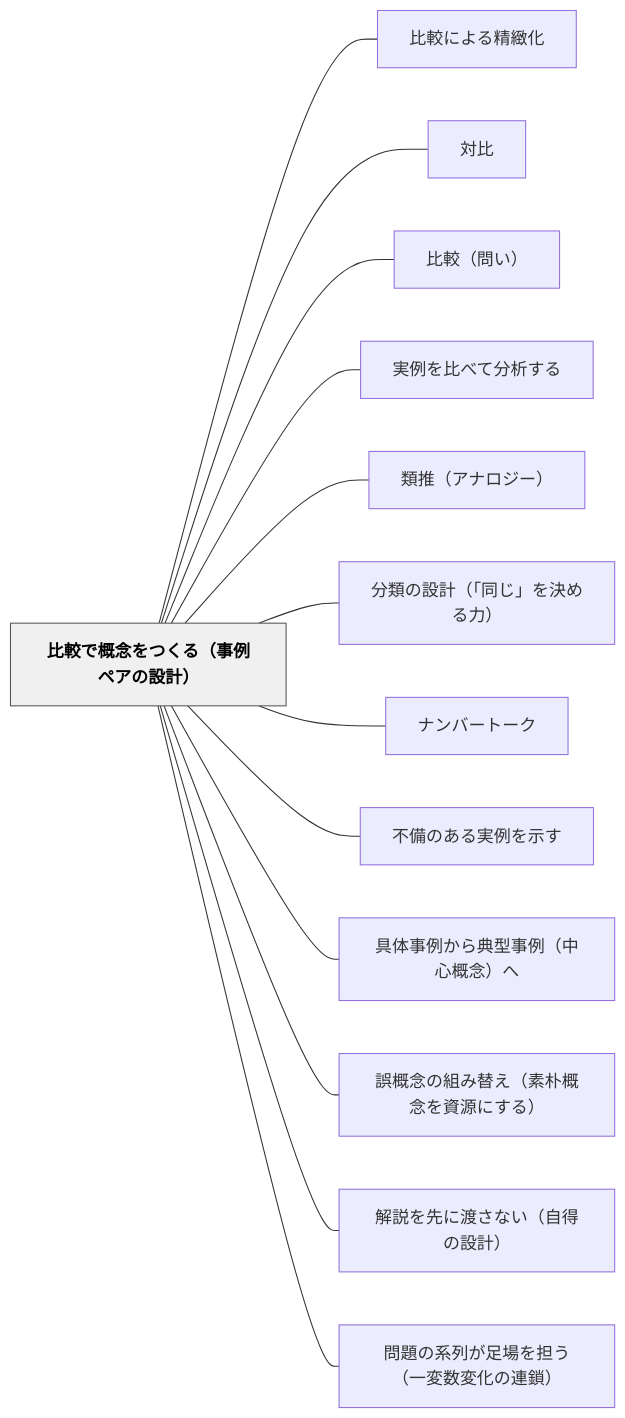
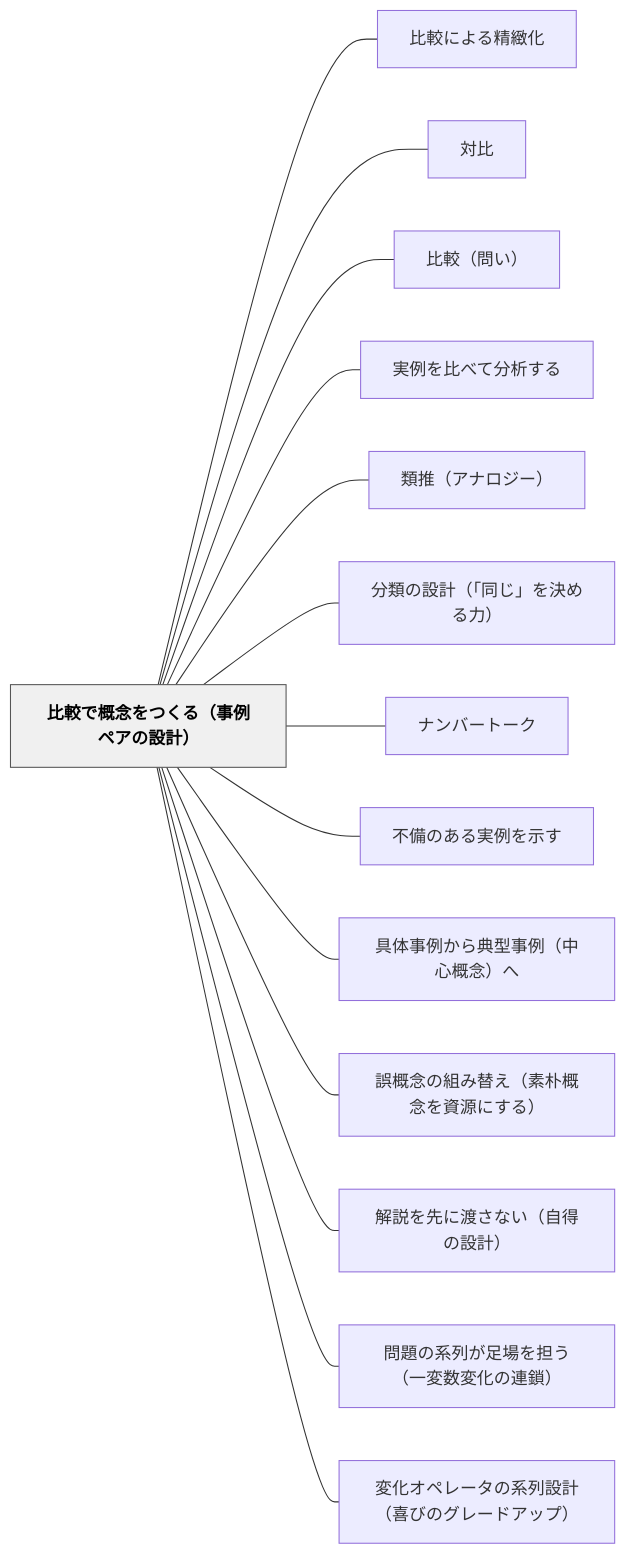
The diagram in content/パタン/比較で概念をつくる（事例ペアの設計）.md (unknownthings-ed-patterns/unknownthings-ed-patterns), drawn with Mermaid before and after one commit. The commit also changed other lines of this file and 5 other files, not shown here.

````diff
--- a/content/パタン/比較で概念をつくる（事例ペアの設計）.md
+++ b/content/パタン/比較で概念をつくる（事例ペアの設計）.md
@@ -146,32 +147,34 @@
 ```mermaid
 flowchart LR
     ne6af94e8bc83e381a7e6a682e5bfb5e38292e381a4e3818fe3828befbc88e4ba8be4be8be3839ae382a2e381aee8a8ade8a888efbc89["比較で概念をつくる（事例ペアの設計）"]
     ne6af94e8bc83e381abe38288e3828be7b2bee7b7bbe58c96["比較による精緻化"]
     ne5afbee6af94["対比"]
     ne6af94e8bc83efbc88e5958fe38184efbc89["比較（問い）"]
     ne5ae9fe4be8be38292e6af94e381b9e381a6e58886e69e90e38199e3828b["実例を比べて分析する"]
     ne9a19ee68ea8efbc88e382a2e3838ae383ade382b8e383bcefbc89["類推（アナロジー）"]
     ne58886e9a19ee381aee8a8ade8a888efbc88e3808ce5908ce38198e3808de38292e6b1bae38281e3828be58a9befbc89["分類の設計（「同じ」を決める力）"]
     ne3838ae383b3e38390e383bce38388e383bce382af["ナンバートーク"]
     ne4b88de58299e381aee38182e3828be5ae9fe4be8be38292e7a4bae38199["不備のある実例を示す"]
     ne585b7e4bd93e4ba8be4be8be3818be38289e585b8e59e8be4ba8be4be8befbc88e4b8ade5bf83e6a682e5bfb5efbc89e381b8["具体事例から典型事例（中心概念）へ"]
     ne8aaa4e6a682e5bfb5e381aee7b584e381bfe69bbfe38188efbc88e7b4a0e69cb4e6a682e5bfb5e38292e8b387e6ba90e381abe38199e3828befbc89["誤概念の組み替え（素朴概念を資源にする）"]
     ne8a7a3e8aaace38292e58588e381abe6b8a1e38195e381aae38184efbc88e887aae5be97e381aee8a8ade8a888efbc89["解説を先に渡さない（自得の設計）"]
     ne5958fe9a18ce381aee7b3bbe58897e3818ce8b6b3e5a0b4e38292e68b85e38186efbc88e4b880e5a489e695b0e5a489e58c96e381aee980a3e98e96efbc89["問題の系列が足場を担う（一変数変化の連鎖）"]
+    ne5a489e58c96e382aae3839ae383ace383bce382bfe381aee7b3bbe58897e8a8ade8a888efbc88e5969ce381b3e381aee382b0e383ace383bce38389e382a2e38383e38397efbc89["変化オペレータの系列設計（喜びのグレードアップ）"]
 
     ne6af94e8bc83e381a7e6a682e5bfb5e38292e381a4e3818fe3828befbc88e4ba8be4be8be3839ae382a2e381aee8a8ade8a888efbc89 --- ne6af94e8bc83e381abe38288e3828be7b2bee7b7bbe58c96
     ne6af94e8bc83e381a7e6a682e5bfb5e38292e381a4e3818fe3828befbc88e4ba8be4be8be3839ae382a2e381aee8a8ade8a888efbc89 --- ne5afbee6af94
     ne6af94e8bc83e381a7e6a682e5bfb5e38292e381a4e3818fe3828befbc88e4ba8be4be8be3839ae382a2e381aee8a8ade8a888efbc89 --- ne6af94e8bc83efbc88e5958fe38184efbc89
     ne6af94e8bc83e381a7e6a682e5bfb5e38292e381a4e3818fe3828befbc88e4ba8be4be8be3839ae382a2e381aee8a8ade8a888efbc89 --- ne5ae9fe4be8be38292e6af94e381b9e381a6e58886e69e90e38199e3828b
     ne6af94e8bc83e381a7e6a682e5bfb5e38292e381a4e3818fe3828befbc88e4ba8be4be8be3839ae382a2e381aee8a8ade8a888efbc89 --- ne9a19ee68ea8efbc88e382a2e3838ae383ade382b8e383bcefbc89
     ne6af94e8bc83e381a7e6a682e5bfb5e38292e381a4e3818fe3828befbc88e4ba8be4be8be3839ae382a2e381aee8a8ade8a888efbc89 --- ne58886e9a19ee381aee8a8ade8a888efbc88e3808ce5908ce38198e3808de38292e6b1bae38281e3828be58a9befbc89
     ne6af94e8bc83e381a7e6a682e5bfb5e38292e381a4e3818fe3828befbc88e4ba8be4be8be3839ae382a2e381aee8a8ade8a888efbc89 --- ne3838ae383b3e38390e383bce38388e383bce382af
     ne6af94e8bc83e381a7e6a682e5bfb5e38292e381a4e3818fe3828befbc88e4ba8be4be8be3839ae382a2e381aee8a8ade8a888efbc89 --- ne4b88de58299e381aee38182e3828be5ae9fe4be8be38292e7a4bae38199
     ne6af94e8bc83e381a7e6a682e5bfb5e38292e381a4e3818fe3828befbc88e4ba8be4be8be3839ae382a2e381aee8a8ade8a888efbc89 --- ne585b7e4bd93e4ba8be4be8be3818be38289e585b8e59e8be4ba8be4be8befbc88e4b8ade5bf83e6a682e5bfb5efbc89e381b8
     ne6af94e8bc83e381a7e6a682e5bfb5e38292e381a4e3818fe3828befbc88e4ba8be4be8be3839ae382a2e381aee8a8ade8a888efbc89 --- ne8aaa4e6a682e5bfb5e381aee7b584e381bfe69bbfe38188efbc88e7b4a0e69cb4e6a682e5bfb5e38292e8b387e6ba90e381abe38199e3828befbc89
     ne6af94e8bc83e381a7e6a682e5bfb5e38292e381a4e3818fe3828befbc88e4ba8be4be8be3839ae382a2e381aee8a8ade8a888efbc89 --- ne8a7a3e8aaace38292e58588e381abe6b8a1e38195e381aae38184efbc88e887aae5be97e381aee8a8ade8a888efbc89
     ne6af94e8bc83e381a7e6a682e5bfb5e38292e381a4e3818fe3828befbc88e4ba8be4be8be3839ae382a2e381aee8a8ade8a888efbc89 --- ne5958fe9a18ce381aee7b3bbe58897e3818ce8b6b3e5a0b4e38292e68b85e38186efbc88e4b880e5a489e695b0e5a489e58c96e381aee980a3e98e96efbc89
+    ne6af94e8bc83e381a7e6a682e5bfb5e38292e381a4e3818fe3828befbc88e4ba8be4be8be3839ae382a2e381aee8a8ade8a888efbc89 --- ne5a489e58c96e382aae3839ae383ace383bce382bfe381aee7b3bbe58897e8a8ade8a888efbc88e5969ce381b3e381aee382b0e383ace383bce38389e382a2e38383e38397efbc89
 
     classDef hub fill:#f0f0f0,stroke:#555,color:#000,font-weight:bold
     class ne6af94e8bc83e381a7e6a682e5bfb5e38292e381a4e3818fe3828befbc88e4ba8be4be8be3839ae382a2e381aee8a8ade8a888efbc89 hub
 ```
````
